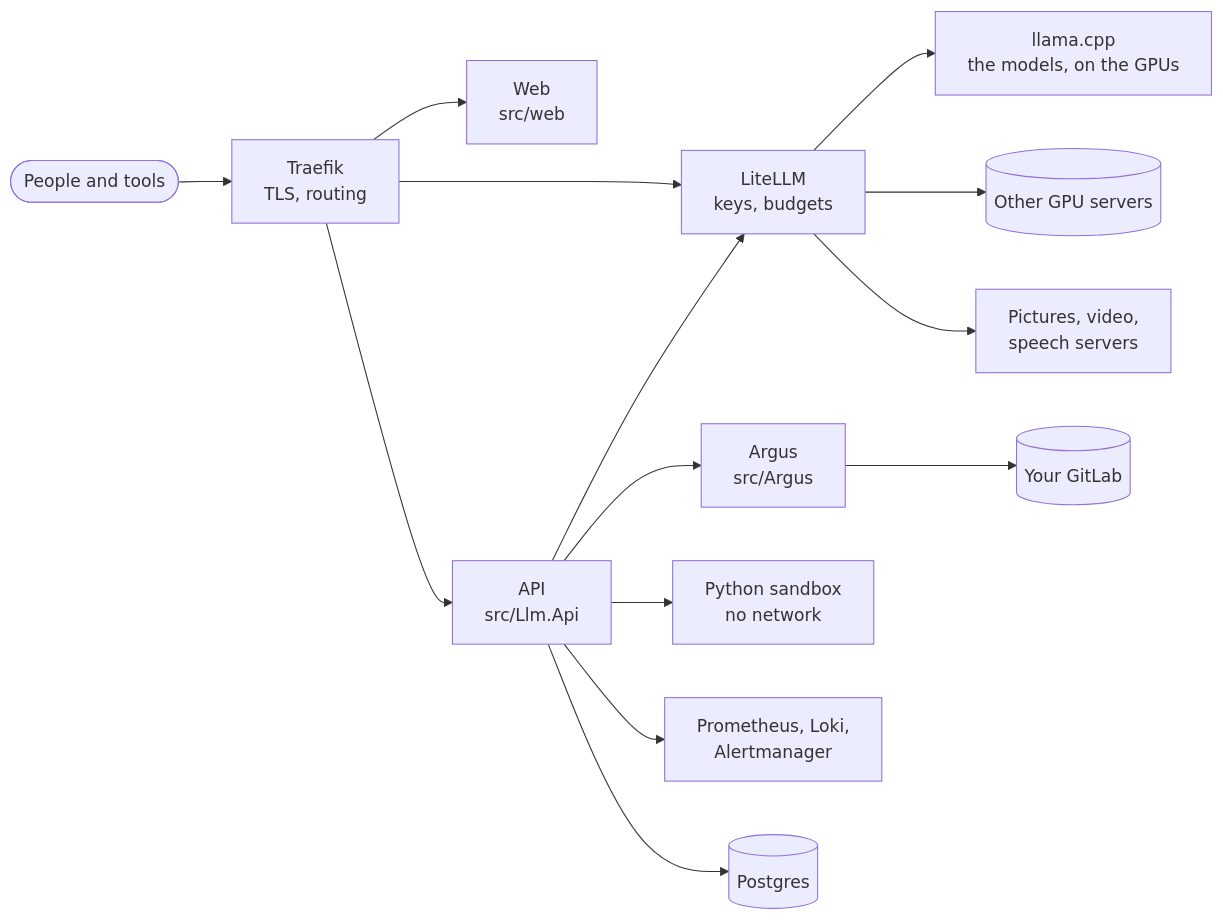
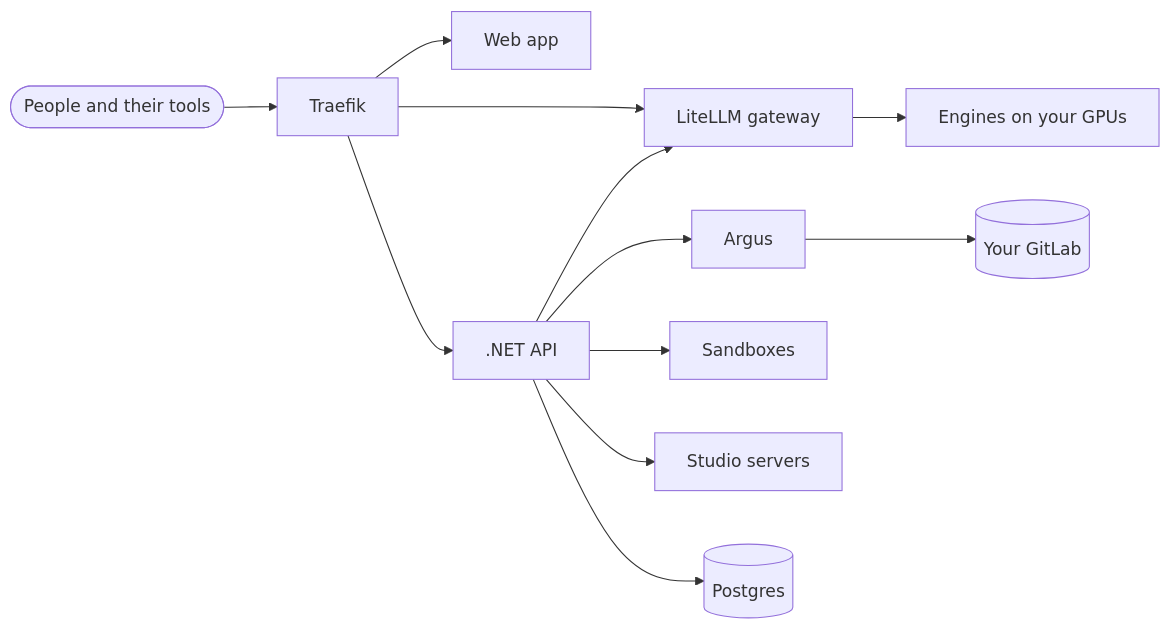
Before and after one commit to Binchitects/argus: the diagram in README.md, drawn with Mermaid. The commit also changed other lines of this file and 1 other file, not shown here.

Commit message:
A README that sells it: a banner, what's inside at a glance, the Argus numbers, Code Arena in three lines, how it compares, and a quick start

````diff
--- a/README.md
+++ b/README.md
@@ -62,15 +179,8 @@
 ```mermaid
 flowchart LR
-  person([People and tools]) --> traefik[Traefik<br/>TLS, routing]
-  traefik --> web[Web<br/>src/web]
-  traefik --> api[API<br/>src/Llm.Api]
-  traefik --> gateway[LiteLLM<br/>keys, budgets]
-  api --> gateway --> engine[llama.cpp<br/>the models, on the GPUs]
-  gateway --> remote[(Other GPU servers)]
-  api --> argus[Argus<br/>src/Argus]
-  api --> sandbox[Python sandbox<br/>no network]
-  gateway --> media[Pictures, video,<br/>speech servers]
-  api --> obs[Prometheus, Loki,<br/>Alertmanager]
-  argus --> gitlab[(Your GitLab)]
-  api --> pg[(Postgres)]
+  people([People and their tools]) --> traefik[Traefik]
+  traefik --> web[Web app] & api[.NET API] & gateway[LiteLLM gateway]
+  api --> gateway --> engine[Engines on your GPUs]
+  api --> argus[Argus] --> gitlab[(Your GitLab)]
+  api --> sandbox[Sandboxes] & studio[Studio servers] & pg[(Postgres)]
 ```
````
